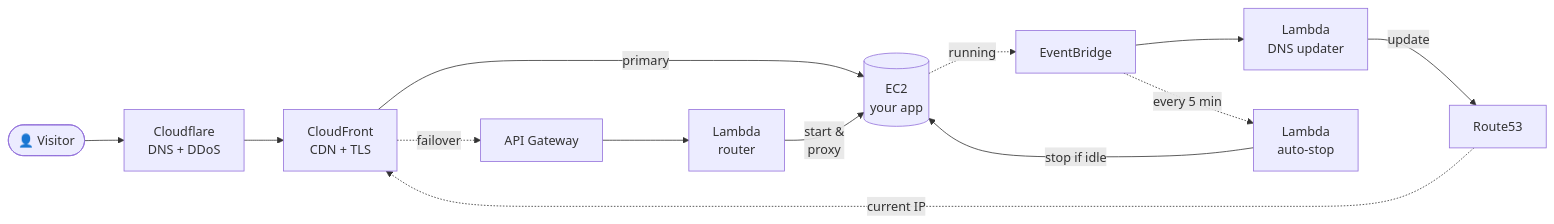
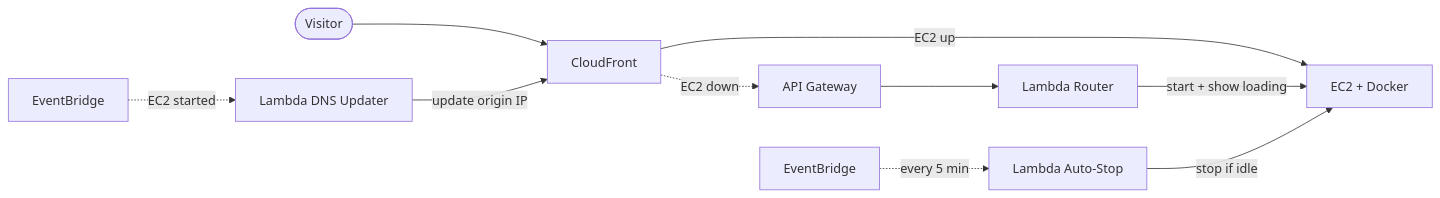
One commit to axilleasdev/scale-to-zero-aws-ec2 changed the diagram in README.md. Above: the diagram before and after it, drawn with Mermaid. The commit also changed other lines of this file and 6 other files, not shown here.

````diff
--- a/README.md
+++ b/README.md
@@ -31,21 +114,11 @@
 ```mermaid
 flowchart LR
-    V([👤 Visitor])
-    CFL[Cloudflare<br/>DNS + DDoS]
-    CF[CloudFront<br/>CDN + TLS]
-    EC2[("EC2<br/>your app")]
-    APIGW[API Gateway]
-    L1[Lambda<br/>router]
-    L2[Lambda<br/>DNS updater]
-    L3[Lambda<br/>auto-stop]
-    R53[Route53]
-    EB[EventBridge]
-
-    V --> CFL --> CF
-    CF -- primary --> EC2
-    CF -. failover .-> APIGW --> L1
-    L1 -- "start &<br/>proxy" --> EC2
-    EC2 -. "running" .-> EB --> L2 -- update --> R53
-    EB -. every 5 min .-> L3 -- "stop if idle" --> EC2
-    R53 -. "current IP" .-> CF
+    V([Visitor]) --> CF[CloudFront]
+    CF -- "EC2 up" --> EC2[EC2 + Docker]
+    CF -. "EC2 down" .-> APIGW[API Gateway] --> Router[Lambda Router]
+    Router -- "start + show loading" --> EC2
+    EB[EventBridge] -. "every 5 min" .-> AutoStop[Lambda Auto-Stop]
+    AutoStop -- "stop if idle" --> EC2
+    EB2[EventBridge] -. "EC2 started" .-> DNS[Lambda DNS Updater]
+    DNS -- "update origin IP" --> CF
 ```
````
